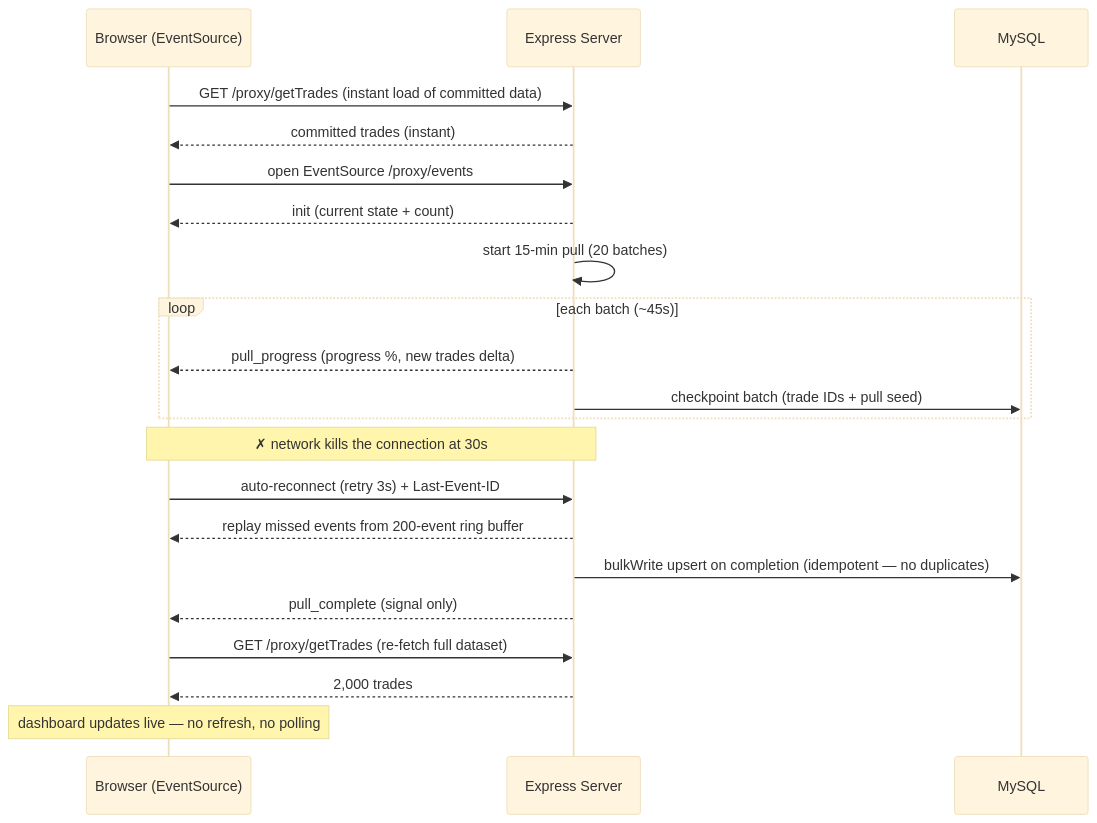
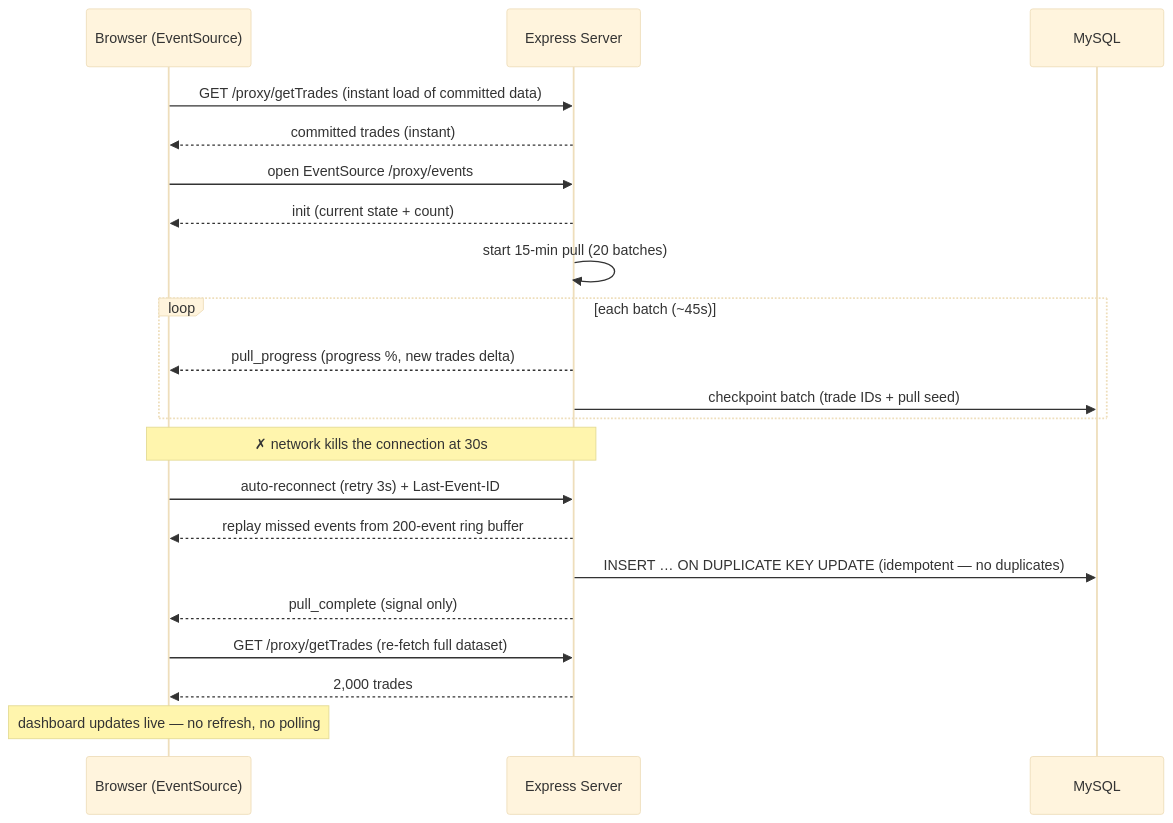
The diagram in SOLUTION_REPORT.md (Angela-0001/arham_fintech), drawn with Mermaid (base theme) before and after one commit. The commit also changed 1 other file, not shown here.

Commit message:
Remove last Mongoose/MongoDB terminology from docs

````diff
--- a/SOLUTION_REPORT.md
+++ b/SOLUTION_REPORT.md
@@ -121,27 +121,27 @@
 ```mermaid
 sequenceDiagram
     participant B as Browser (EventSource)
     participant S as Express Server
     participant DB as MySQL
 
     B->>S: GET /proxy/getTrades  (instant load of committed data)
     S-->>B: committed trades (instant)
     B->>S: open EventSource /proxy/events
     S-->>B: init (current state + count)
     S->>S: start 15-min pull (20 batches)
 
     loop each batch (~45s)
         S-->>B: pull_progress (progress %, new trades delta)
         S->>DB: checkpoint batch (trade IDs + pull seed)
     end
 
     Note over B,S: ✗ network kills the connection at 30s
     B->>S: auto-reconnect (retry 3s) + Last-Event-ID
     S-->>B: replay missed events from 200-event ring buffer
 
-    S->>DB: bulkWrite upsert on completion (idempotent — no duplicates)
+    S->>DB: INSERT … ON DUPLICATE KEY UPDATE (idempotent — no duplicates)
     S-->>B: pull_complete (signal only)
     B->>S: GET /proxy/getTrades (re-fetch full dataset)
     S-->>B: 2,000 trades
     Note over B: dashboard updates live — no refresh, no polling
 ```
````
